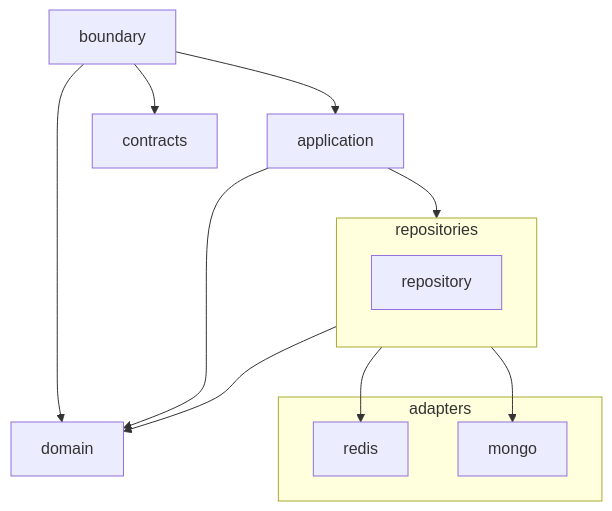
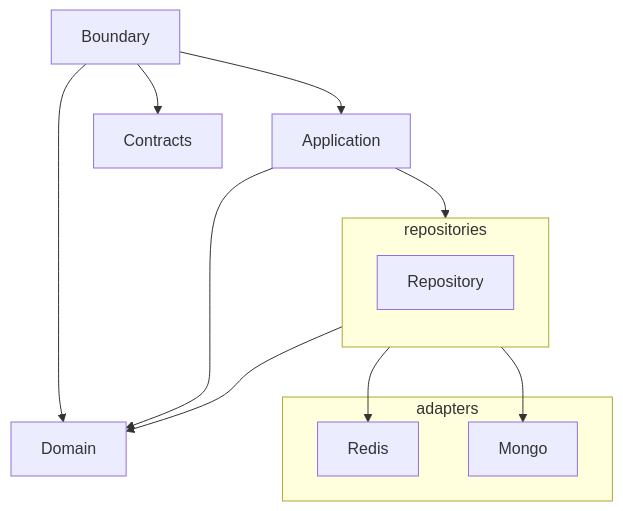
The first of 2 diagrams in docs/Backend Architecture.md (adesso-austria/workshop-architectures-love-js), drawn with Mermaid before and after one commit. The commit also changed 1 other file, not shown here.

Commit message:
feat(docs): refine architecture

````diff
--- a/docs/Backend Architecture.md
+++ b/docs/Backend Architecture.md
@@ -1,14 +1,14 @@
 ```mermaid
 flowchart
-application-->domain & repositories
-boundary-->domain & contracts & application
-repository-->domain
+Application-->Domain & repositories
+Boundary-->Domain & Contracts & Application
+Repository-->Domain
 subgraph adapters
-	redis
-	mongo
+	Redis
+	Mongo
 end
 subgraph repositories
 	direction TB
-	repository-->redis & mongo
+	Repository-->Redis & Mongo
 end
 ```
````
